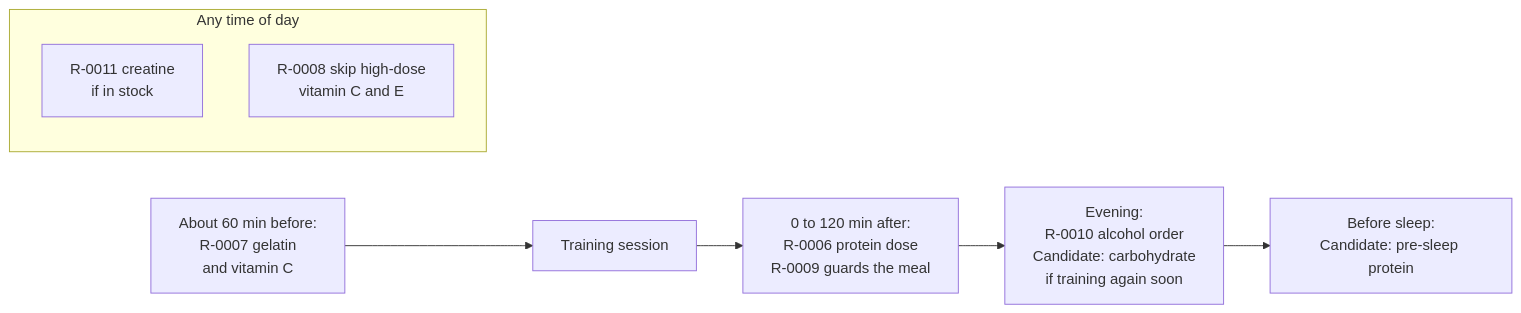
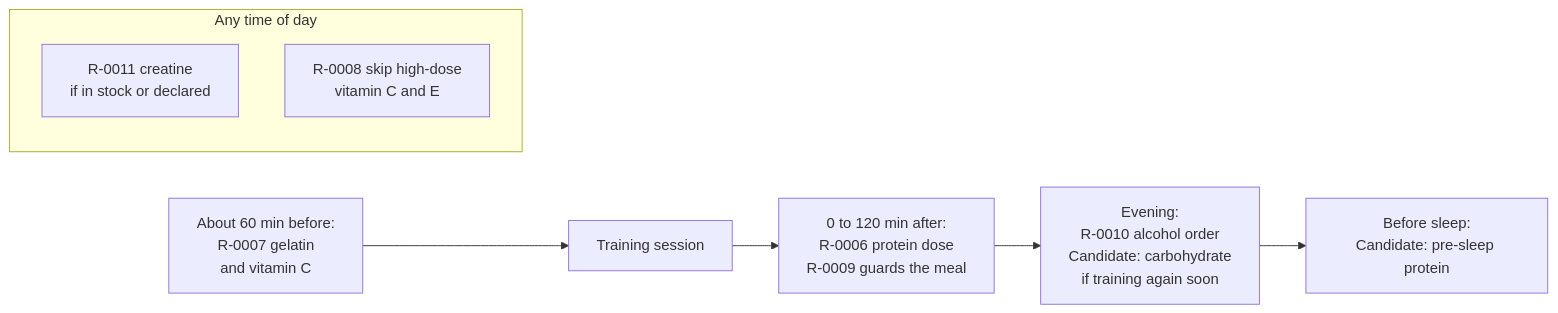
One commit to dev-nobytes-io/Grocy-Bioavaiability-and-Interactions-Reccomendation-Engine changed the third of 3 diagrams in docs/science/recovery-nutrition.md. Above: the diagram before and after it, drawn with Mermaid. The commit also changed other lines of this file and 18 other files, not shown here.

````diff
--- a/docs/science/recovery-nutrition.md
+++ b/docs/science/recovery-nutrition.md
@@ -166,11 +166,11 @@
 ```mermaid
 flowchart LR
   subgraph ALLDAY["Any time of day"]
-    D1["R-0011 creatine<br/>if in stock"]
+    D1["R-0011 creatine<br/>if in stock or declared"]
     D2["R-0008 skip high-dose<br/>vitamin C and E"]
   end
   PRE["About 60 min before:<br/>R-0007 gelatin<br/>and vitamin C"] --> SES["Training session"]
   SES --> POST["0 to 120 min after:<br/>R-0006 protein dose<br/>R-0009 guards the meal"]
   POST --> EVE["Evening:<br/>R-0010 alcohol order<br/>Candidate: carbohydrate<br/>if training again soon"]
   EVE --> BED["Before sleep:<br/>Candidate: pre-sleep protein"]
 ```
````
